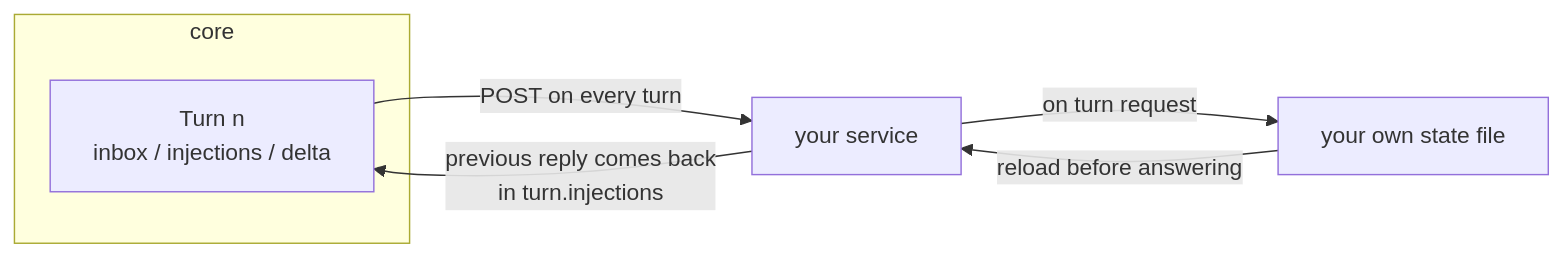
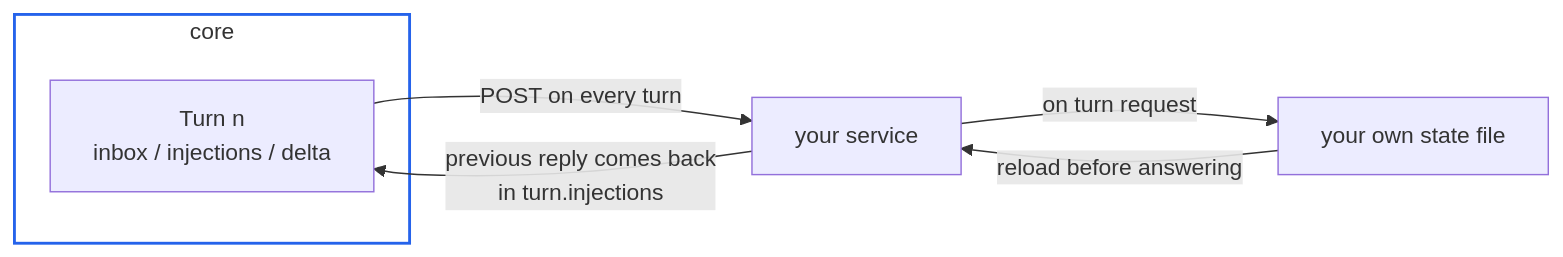
Before and after one commit to DarkSpaceY/NAN-itself: the second of 3 diagrams in docs/for-service-authors/injection-service.md, drawn with Mermaid. The commit also changed 2 other files, not shown here.

Commit message:
docs: use transparent subgraph fills with colored borders

````diff
--- a/docs/for-service-authors/injection-service.md
+++ b/docs/for-service-authors/injection-service.md
@@ -94,10 +94,11 @@
 ```mermaid
 flowchart LR
     subgraph CORE["core"]
         T["Turn n<br/>inbox / injections / delta"]
     end
     T -->|"POST on every turn"| S["your service"]
     S -->|"previous reply comes back<br/>in turn.injections"| T
     S -->|"on turn request"| F["your own state file"]
     F -->|"reload before answering"| S
+    style CORE fill:transparent,stroke:#2563eb,stroke-width:2px
 ```
````
